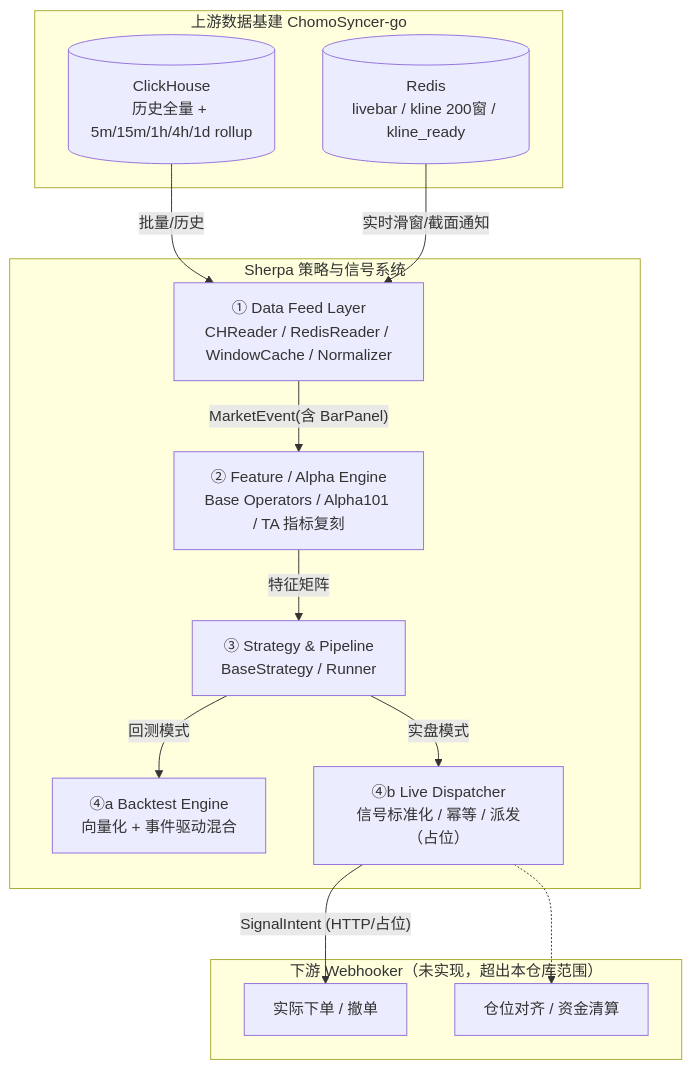
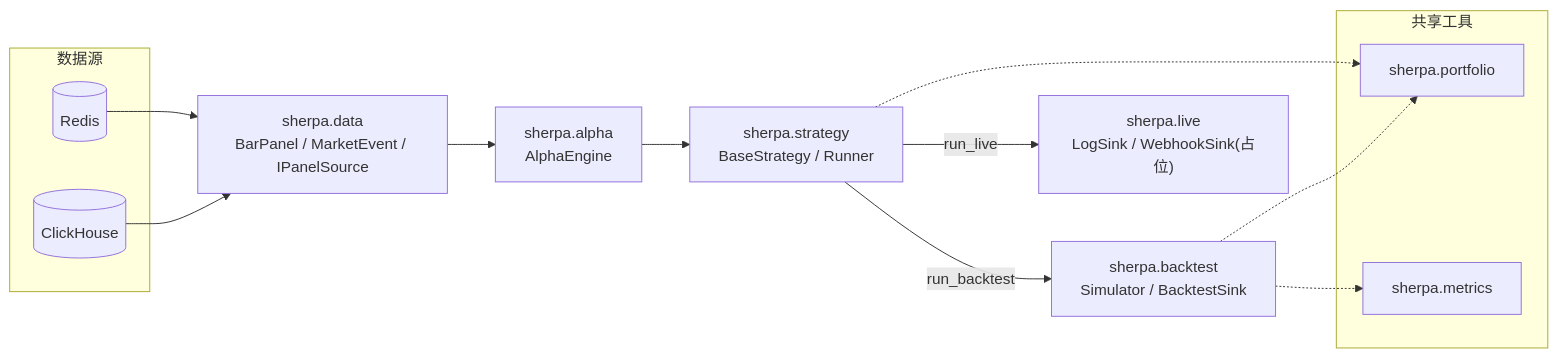
Before and after one commit to GeekChomolungma/Sherpa: the diagram in docs/SHERPA_DESIGN.md, drawn with Mermaid. The commit also changed other lines of this file and 10 other files, not shown here.

````diff
--- a/docs/SHERPA_DESIGN.md
+++ b/docs/SHERPA_DESIGN.md
@@ -39,29 +14,18 @@
 ```mermaid
-flowchart TB
-    subgraph UP["上游数据基建 ChomoSyncer-go"]
-        CH[(ClickHouse<br/>历史全量 + 5m/15m/1h/4h/1d rollup)]
-        RS[(Redis<br/>livebar / kline 200窗 / kline_ready)]
+flowchart LR
+    subgraph 数据源
+        CH[(ClickHouse)]
+        RS[(Redis)]
     end
-
-    subgraph SHERPA["Sherpa 策略与信号系统"]
-        DF["① Data Feed Layer<br/>CHReader / RedisReader / WindowCache / Normalizer"]
-        FE["② Feature / Alpha Engine<br/>Base Operators / Alpha101 / TA 指标复刻"]
-        PIPE["③ Strategy & Pipeline<br/>BaseStrategy / Runner"]
-        BT["④a Backtest Engine<br/>向量化 + 事件驱动混合"]
-        LD["④b Live Dispatcher<br/>信号标准化 / 幂等 / 派发（占位）"]
+    CH & RS --> DATA["sherpa.data<br/>BarPanel / MarketEvent / IPanelSource"]
+    DATA --> ALPHA["sherpa.alpha<br/>AlphaEngine"]
+    ALPHA --> RUNNER["sherpa.strategy<br/>BaseStrategy / Runner"]
+    RUNNER -->|run_backtest| BT["sherpa.backtest<br/>Simulator / BacktestSink"]
+    RUNNER -->|run_live| LIVE["sherpa.live<br/>LogSink / WebhookSink(占位)"]
+    subgraph 共享工具
+        PF[sherpa.portfolio]
+        MT[sherpa.metrics]
     end
-
-    subgraph DOWN["下游 Webhooker（未实现，超出本仓库范围）"]
-        OM[实际下单 / 撤单]
-        PMS[仓位对齐 / 资金清算]
-    end
-
-    CH -->|批量/历史| DF
-    RS -->|实时滑窗/截面通知| DF
-    DF -->|"MarketEvent(含 BarPanel)"| FE
-    FE -->|特征矩阵| PIPE
-    PIPE -->|回测模式| BT
-    PIPE -->|实盘模式| LD
-    LD -->|"SignalIntent (HTTP/占位)"| OM
-    LD -.-> PMS
+    BT -.-> PF & MT
+    RUNNER -.-> PF
 ```
````
